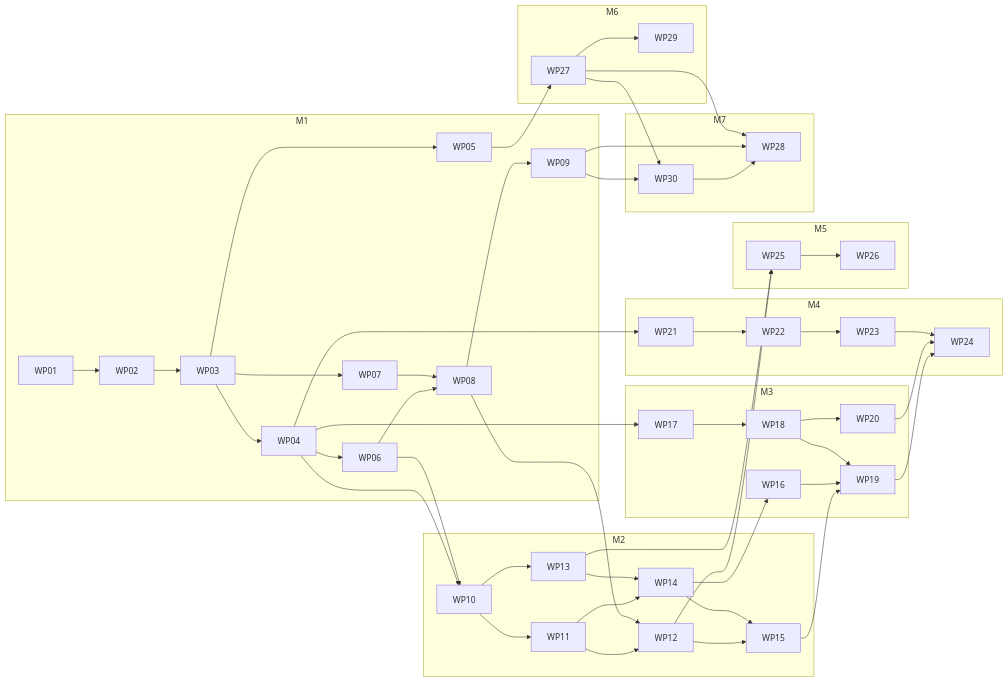
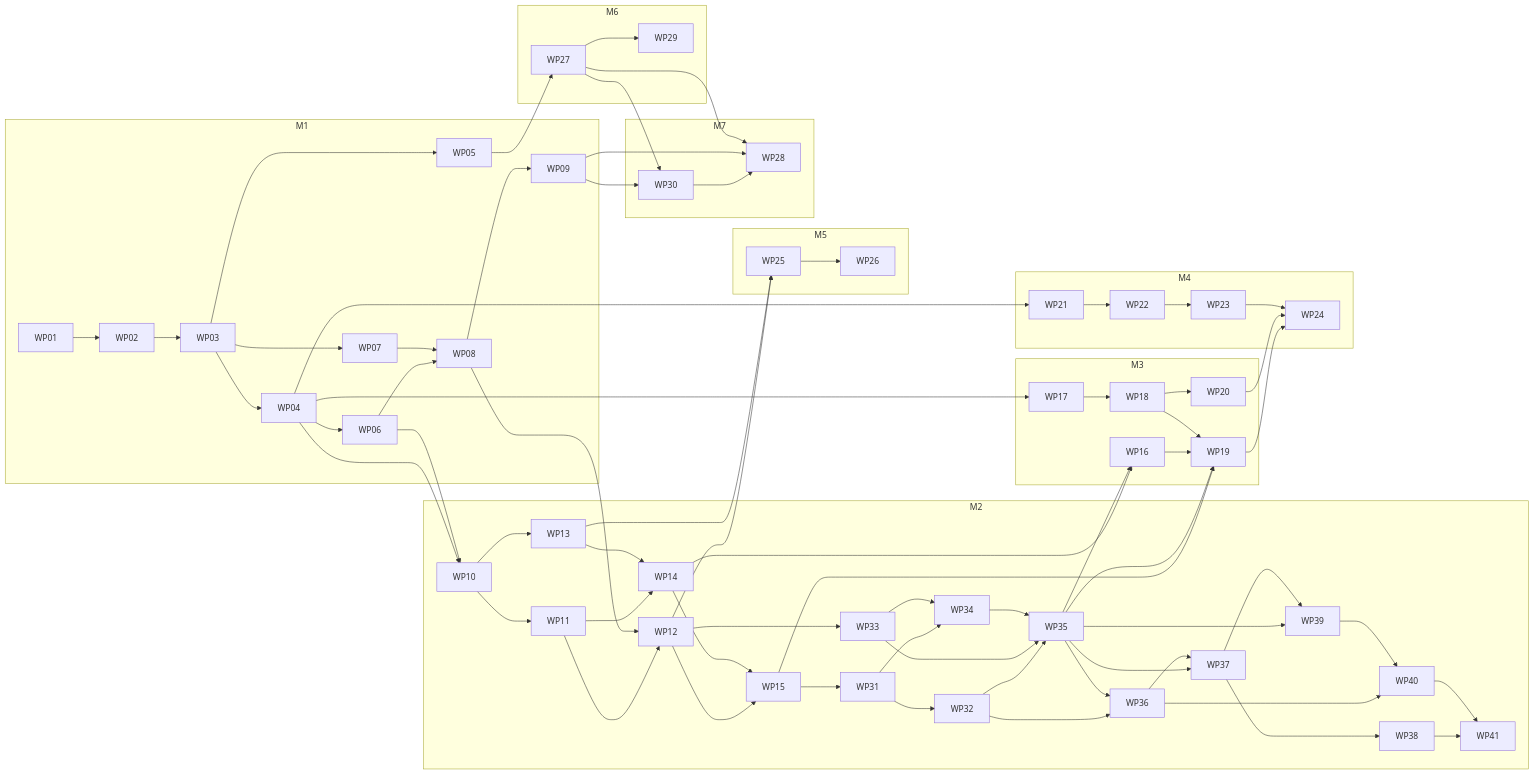
The diagram in docs/plans/README.md (maxvandenhoven/hive), drawn with Mermaid before and after one commit. The commit also changed other lines of this file, not shown here.

Commit message:
docs(plans): reconcile scenario roadmap and completed hint support

````diff
--- a/docs/plans/README.md
+++ b/docs/plans/README.md
@@ -229,42 +250,52 @@
 ```mermaid
 flowchart LR
   subgraph M1
     WP01 --> WP02 --> WP03
     WP03 --> WP04 & WP05 & WP07
     WP04 --> WP06
     WP06 & WP07 --> WP08 --> WP09
   end
   subgraph M2
     WP10 --> WP11 --> WP12
     WP10 --> WP13
     WP11 & WP13 --> WP14
     WP12 & WP14 --> WP15
+    WP15 --> WP31 --> WP32
+    WP12 --> WP33
+    WP31 & WP33 --> WP34
+    WP32 & WP33 & WP34 --> WP35
+    WP32 & WP35 --> WP36
+    WP35 & WP36 --> WP37 --> WP38
+    WP35 & WP37 --> WP39
+    WP36 & WP39 --> WP40
+    WP38 & WP40 --> WP41
   end
   subgraph M3
     WP17 --> WP18 --> WP20
     WP15 & WP16 & WP18 --> WP19
   end
   subgraph M4
     WP21 --> WP22 --> WP23
     WP19 & WP20 & WP23 --> WP24
   end
   subgraph M5
     WP25 --> WP26
   end
   subgraph M6
     WP27 --> WP29
   end
   subgraph M7
     WP30 --> WP28
   end
   WP04 --> WP10
   WP06 --> WP10
   WP08 --> WP12
   WP14 --> WP16
+  WP35 --> WP16 & WP19
   WP04 --> WP17
   WP04 --> WP21
   WP12 & WP13 --> WP25
   WP05 --> WP27
   WP09 & WP27 --> WP30
   WP09 & WP27 --> WP28
 ```
````
